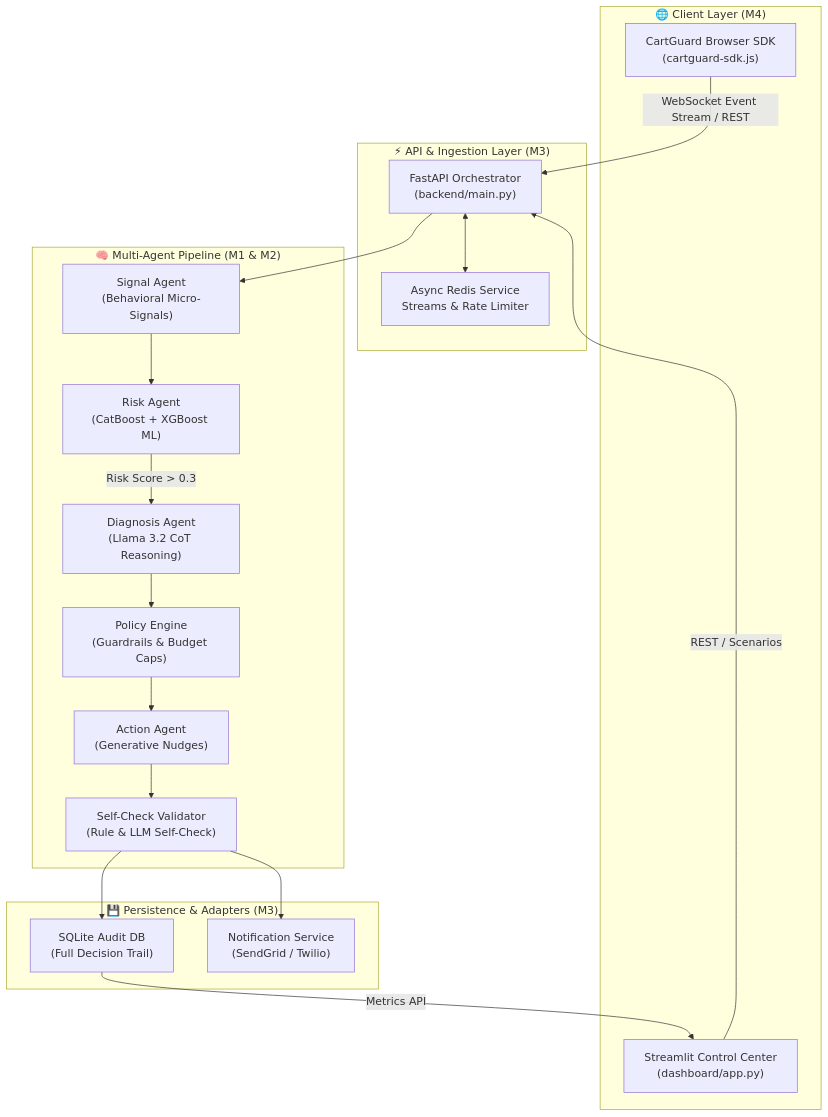
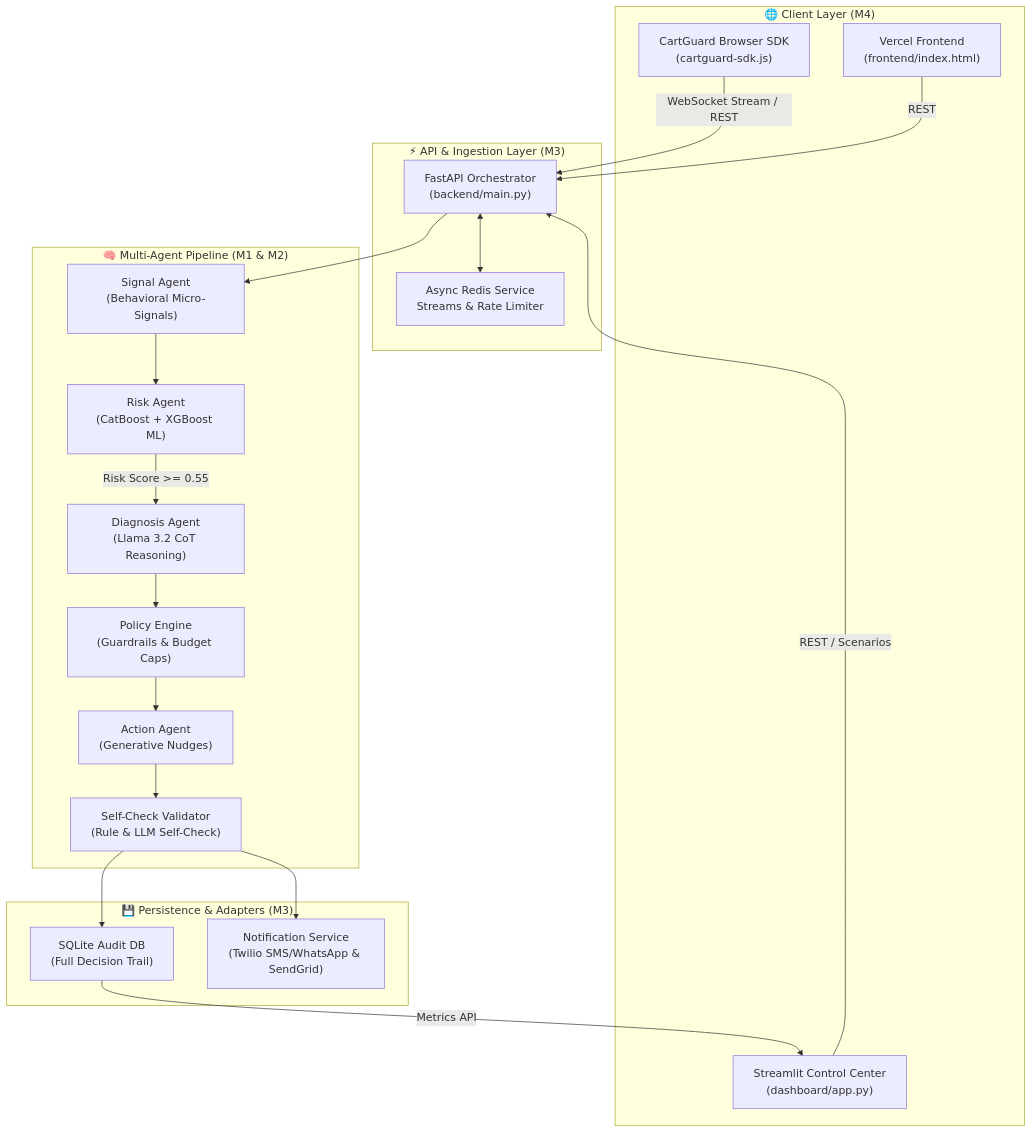
The diagram in README.md (Swathi-20051128/Cart-rescue), drawn with Mermaid before and after one commit. The commit also changed other lines of this file, not shown here.

Commit message:
docs: update README.md with live deployment links, architecture, multi-agent specs, and cloud guides

````diff
--- a/README.md
+++ b/README.md
@@ -36,39 +50,41 @@
 ```mermaid
 flowchart TD
     subgraph Client ["🌐 Client Layer (M4)"]
         SDK["CartGuard Browser SDK<br/>(cartguard-sdk.js)"]
         Dashboard["Streamlit Control Center<br/>(dashboard/app.py)"]
+        Frontend["Vercel Frontend<br/>(frontend/index.html)"]
     end
 
     subgraph API ["⚡ API & Ingestion Layer (M3)"]
         FastAPI["FastAPI Orchestrator<br/>(backend/main.py)"]
         Redis["Async Redis Service<br/>Streams & Rate Limiter"]
     end
 
     subgraph Agents ["🧠 Multi-Agent Pipeline (M1 & M2)"]
         Signal["Signal Agent<br/>(Behavioral Micro-Signals)"]
         Risk["Risk Agent<br/>(CatBoost + XGBoost ML)"]
         Diagnosis["Diagnosis Agent<br/>(Llama 3.2 CoT Reasoning)"]
         Policy["Policy Engine<br/>(Guardrails & Budget Caps)"]
         Action["Action Agent<br/>(Generative Nudges)"]
         SelfCheck["Self-Check Validator<br/>(Rule & LLM Self-Check)"]
     end
 
     subgraph Storage ["💾 Persistence & Adapters (M3)"]
         Audit["SQLite Audit DB<br/>(Full Decision Trail)"]
-        Notif["Notification Service<br/>(SendGrid / Twilio)"]
+        Notif["Notification Service<br/>(Twilio SMS/WhatsApp & SendGrid)"]
     end
 
-    SDK -->|WebSocket Event Stream / REST| FastAPI
+    SDK -->|WebSocket Stream / REST| FastAPI
     Dashboard -->|REST / Scenarios| FastAPI
+    Frontend -->|REST| FastAPI
     FastAPI <--> Redis
     FastAPI --> Signal
     Signal --> Risk
-    Risk -->|Risk Score > 0.3| Diagnosis
+    Risk -->|Risk Score >= 0.55| Diagnosis
     Diagnosis --> Policy
     Policy --> Action
     Action --> SelfCheck
     SelfCheck --> Audit
     SelfCheck --> Notif
     Audit -->|Metrics API| Dashboard
 ```
````
